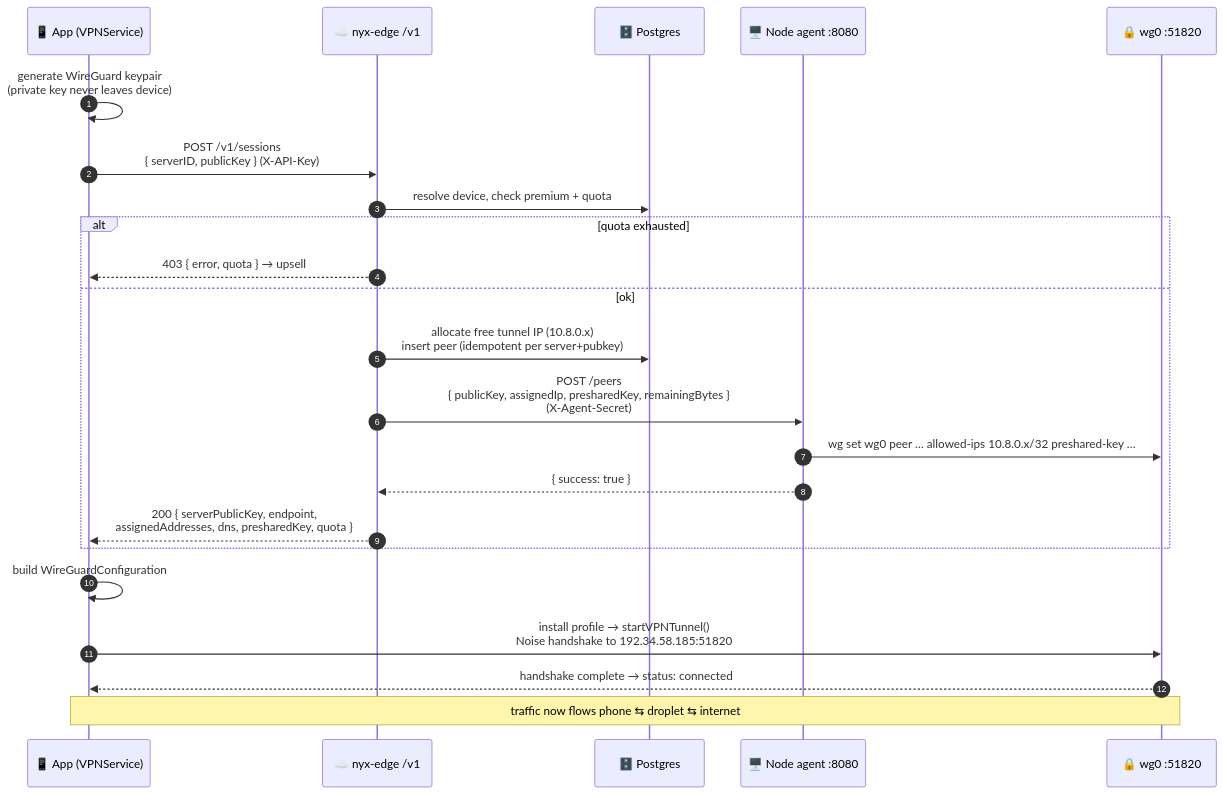
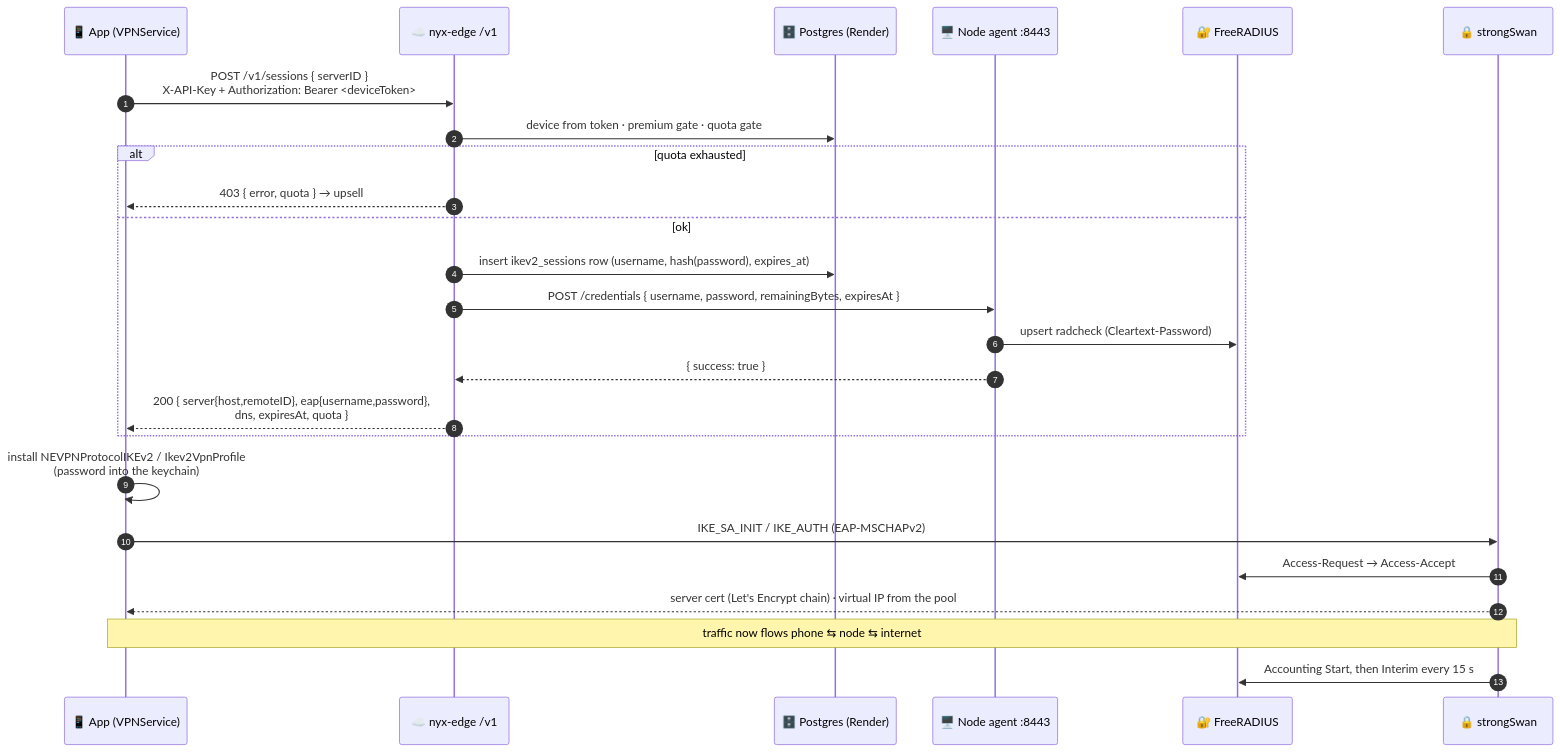
One commit to UmairAfzalGitHub/VPN-Master-BE changed the second of 4 diagrams in docs/ARCHITECTURE.md. Above: the diagram before and after it, drawn with Mermaid. The commit also changed other lines of this file and 33 other files, not shown here.

First line of the commit message:
Remove WireGuard from the backend and docs; IKEv2 is the only protocol

````diff
--- a/docs/ARCHITECTURE.md
+++ b/docs/ARCHITECTURE.md
@@ -75,27 +79,29 @@
 ```mermaid
 sequenceDiagram
     autonumber
     participant App as 📱 App (VPNService)
     participant API as ☁️ nyx-edge /v1
-    participant DB as 🗄️ Postgres
-    participant Agent as 🖥️ Node agent :8080
-    participant WG as 🔒 wg0 :51820
+    participant DB as 🗄️ Postgres (Render)
+    participant Agent as 🖥️ Node agent :8443
+    participant FR as 🔐 FreeRADIUS
+    participant SS as 🔒 strongSwan
 
-    App->>App: generate WireGuard keypair<br/>(private key never leaves device)
-    App->>API: POST /v1/sessions<br/>{ serverID, publicKey }  (X-API-Key)
-    API->>DB: resolve device, check premium + quota
+    App->>API: POST /v1/sessions { serverID }<br/>X-API-Key + Authorization: Bearer <deviceToken>
+    API->>DB: device from token · premium gate · quota gate
     alt quota exhausted
-        API-->>App: 403 { error, quota }  → upsell
+        API-->>App: 403 { error, quota } → upsell
     else ok
-        API->>DB: allocate free tunnel IP (10.8.0.x)<br/>insert peer (idempotent per server+pubkey)
-        API->>Agent: POST /peers<br/>{ publicKey, assignedIp, presharedKey, remainingBytes }<br/>(X-Agent-Secret)
-        Agent->>WG: wg set wg0 peer … allowed-ips 10.8.0.x/32 preshared-key …
+        API->>DB: insert ikev2_sessions row (username, hash(password), expires_at)
+        API->>Agent: POST /credentials { username, password, remainingBytes, expiresAt }
+        Agent->>FR: upsert radcheck (Cleartext-Password)
         Agent-->>API: { success: true }
-        API-->>App: 200 { serverPublicKey, endpoint,<br/>assignedAddresses, dns, presharedKey, quota }
+        API-->>App: 200 { server{host,remoteID}, eap{username,password},<br/>dns, expiresAt, quota }
     end
 
-    App->>App: build WireGuardConfiguration
-    App->>WG: install profile → startVPNTunnel()<br/>Noise handshake to 192.34.58.185:51820
-    WG-->>App: handshake complete → status: connected
-    Note over App,WG: traffic now flows phone ⇆ droplet ⇆ internet
+    App->>App: install NEVPNProtocolIKEv2 / Ikev2VpnProfile<br/>(password into the keychain)
+    App->>SS: IKE_SA_INIT / IKE_AUTH (EAP-MSCHAPv2)
+    SS->>FR: Access-Request → Access-Accept
+    SS-->>App: server cert (Let's Encrypt chain) · virtual IP from the pool
+    Note over App,SS: traffic now flows phone ⇆ node ⇆ internet
+    SS->>FR: Accounting Start, then Interim every 15 s
 ```
````
